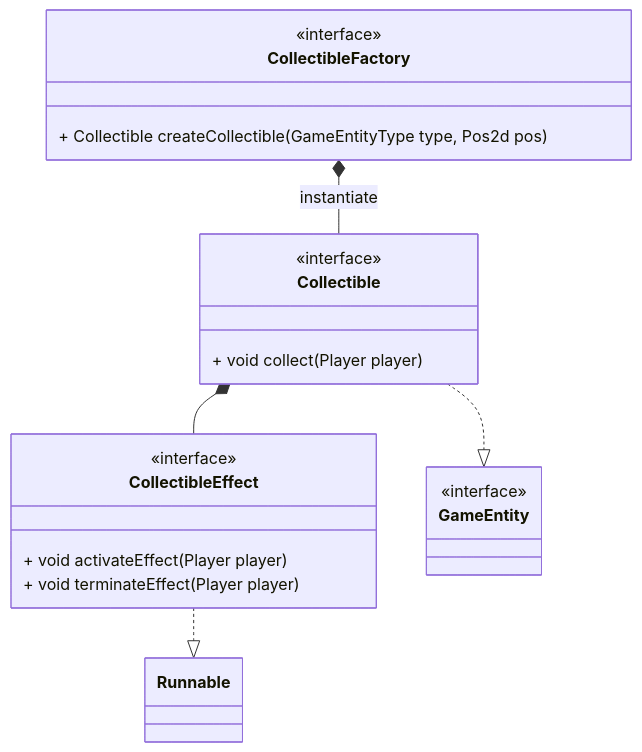
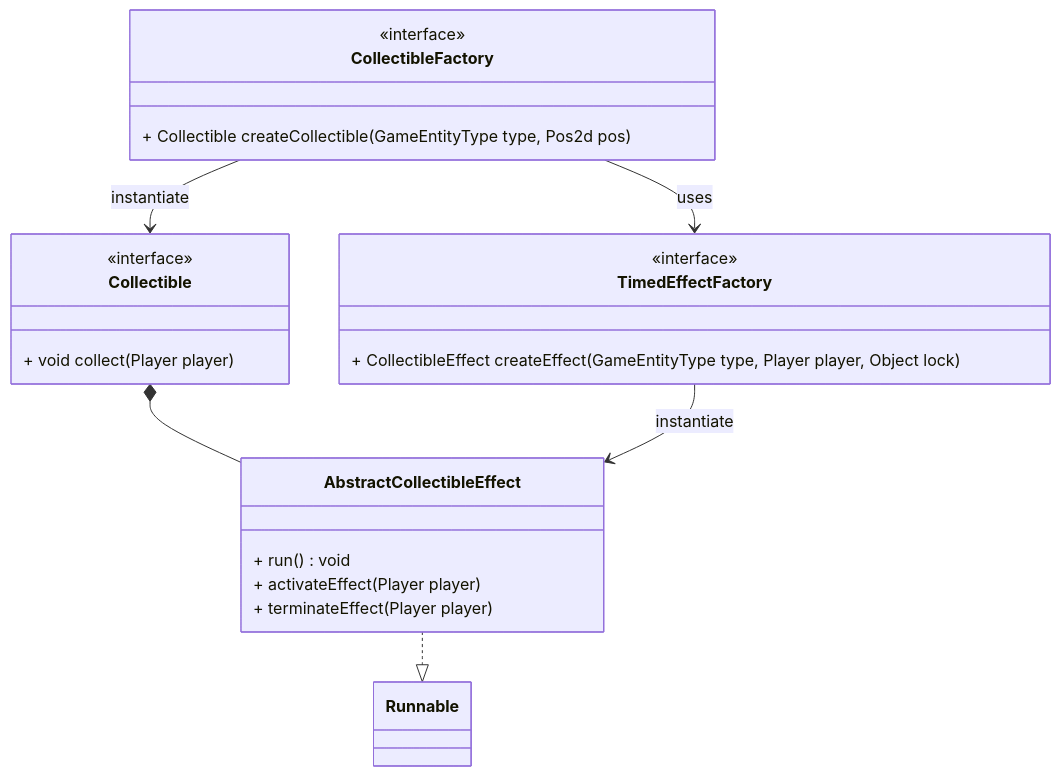
Before and after one commit to unibo-oop-projects/OOP23-FilippoMassariFilippoMassari6studio-MatteoBagnolini-FilippoMassari-SaadElMaliki-Matteo-SUPSON: the tenth of 10 diagrams in report.md, drawn with Mermaid. The commit also changed other lines of this file, not shown here.

Commit message:
change to report

````diff
--- a/report.md
+++ b/report.md
@@ -453,28 +453,29 @@
 ```mermaid
 classDiagram
     class Collectible {
         <<interface>>
         + void collect(Player player)
     }
 
     class CollectibleFactory {
         <<interface>>
         + Collectible createCollectible(GameEntityType type, Pos2d pos)
     }
 
-    class CollectibleEffect {
+    class TimedEffectFactory {
         <<interface>>
-        + void activateEffect(Player player)
-        + void terminateEffect(Player player)
+        + CollectibleEffect createEffect(GameEntityType type, Player player, Object lock)
     }
 
-    class GameEntity {
-        <<interface>>
-
+    class AbstractCollectibleEffect {
+        + run() void
+        + activateEffect(Player player)
+        + terminateEffect(Player player)
     }
 
-    Collectible ..|> GameEntity
-    CollectibleFactory *-- Collectible : instantiate
-    Collectible *-- CollectibleEffect
-    CollectibleEffect ..|> Runnable
+    CollectibleFactory --> Collectible : instantiate
+    Collectible *-- AbstractCollectibleEffect
+    AbstractCollectibleEffect ..|> Runnable
+    CollectibleFactory --> TimedEffectFactory : uses
+    TimedEffectFactory --> AbstractCollectibleEffect : instantiate
 ```
````
